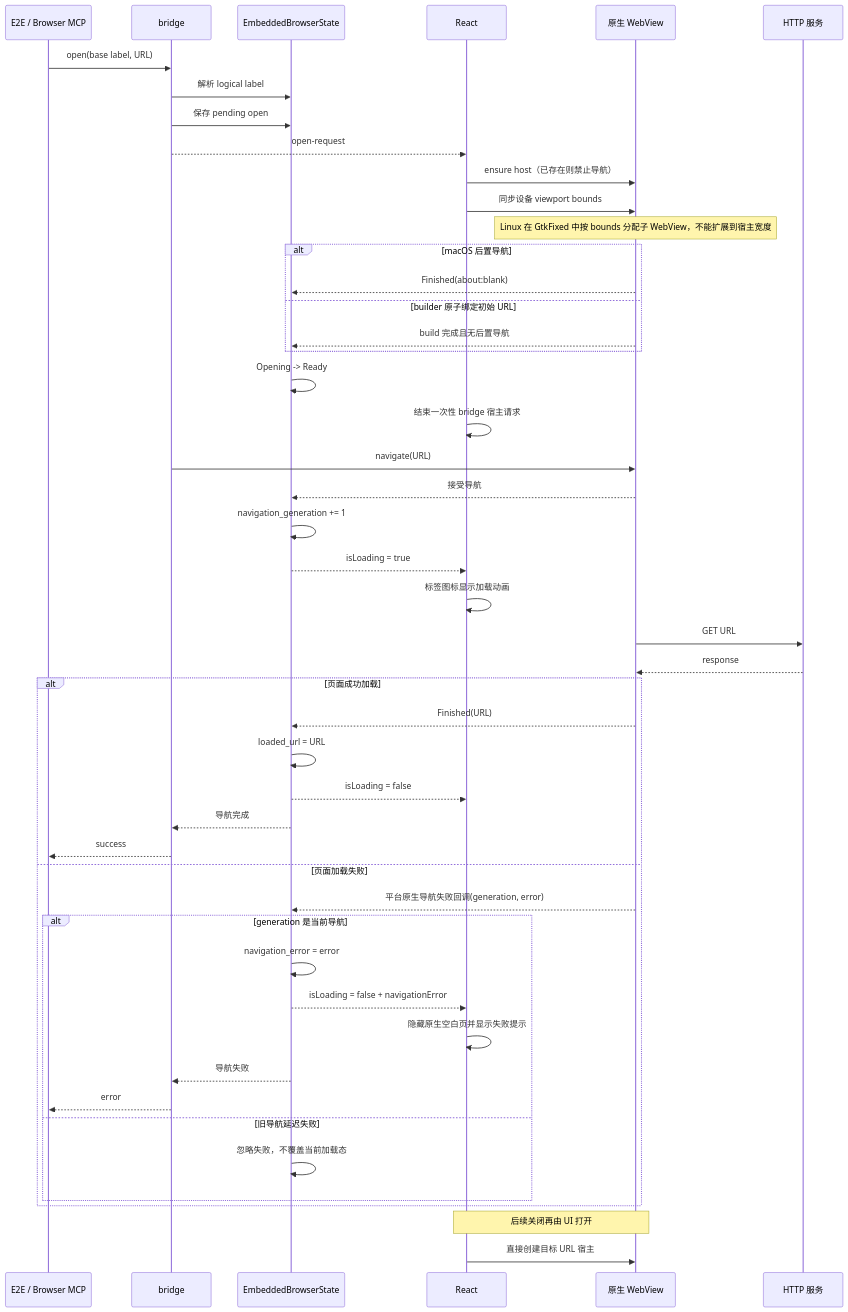
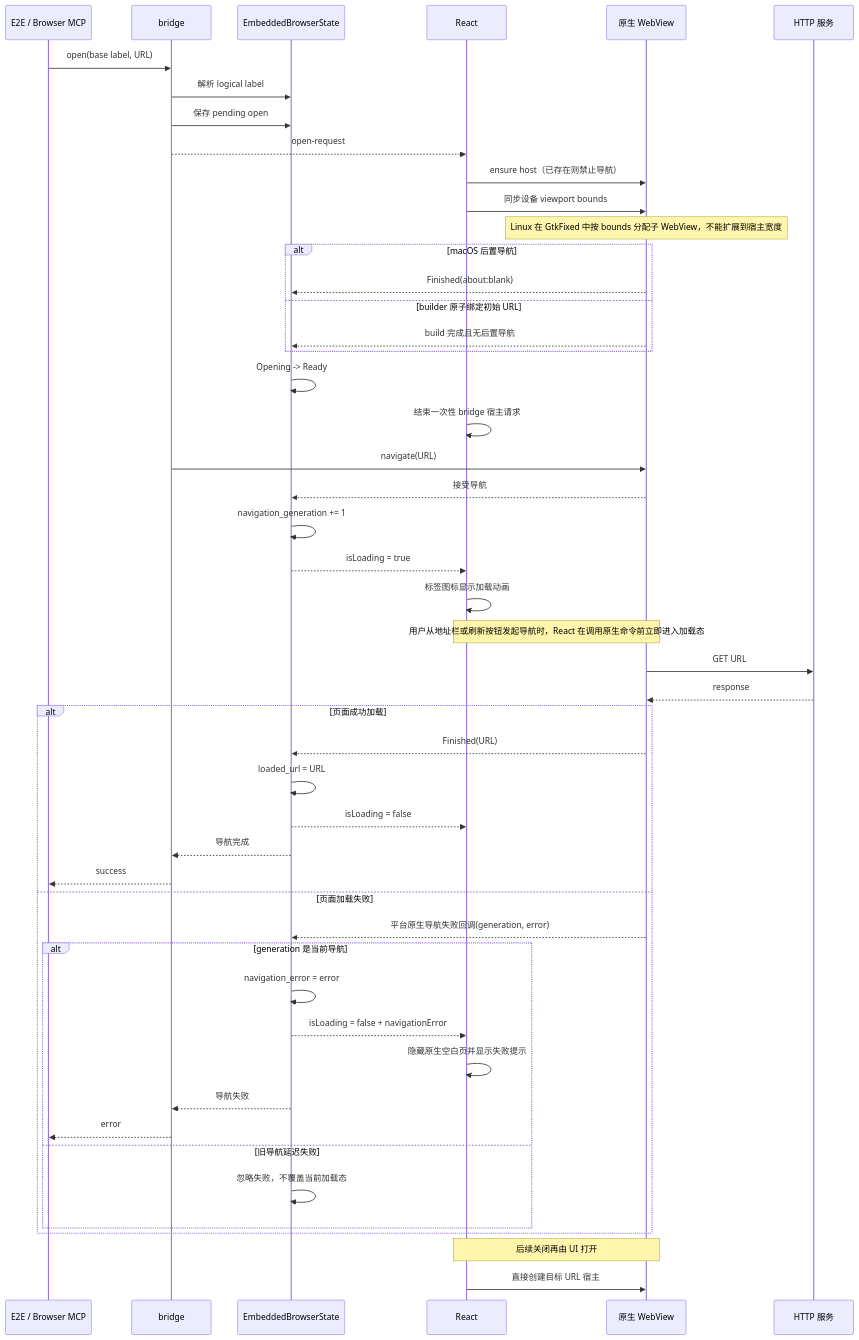
Before and after one commit to wecode-ai/wegent-docs: the second of 2 diagrams in i18n/zh/docusaurus-plugin-content-docs/current/architecture/embedded-browser.md, drawn with Mermaid. The commit also changed other lines of this file and 5 other files, not shown here.

````diff
--- a/i18n/zh/docusaurus-plugin-content-docs/current/architecture/embedded-browser.md
+++ b/i18n/zh/docusaurus-plugin-content-docs/current/architecture/embedded-browser.md
@@ -38,52 +39,53 @@
 ```mermaid
 sequenceDiagram
     participant C as E2E / Browser MCP
     participant B as bridge
     participant S as EmbeddedBrowserState
     participant R as React
     participant W as 原生 WebView
     participant H as HTTP 服务
 
     C->>B: open(base label, URL)
     B->>S: 解析 logical label
     B->>S: 保存 pending open
     B-->>R: open-request
     R->>W: ensure host（已存在则禁止导航）
     R->>W: 同步设备 viewport bounds
     Note over W: Linux 在 GtkFixed 中按 bounds 分配子 WebView，不能扩展到宿主宽度
     alt macOS 后置导航
         W-->>S: Finished(about:blank)
     else builder 原子绑定初始 URL
         W-->>S: build 完成且无后置导航
     end
     S->>S: Opening -> Ready
     R->>R: 结束一次性 bridge 宿主请求
     B->>W: navigate(URL)
     W-->>S: 接受导航
     S->>S: navigation_generation += 1
     S-->>R: isLoading = true
     R->>R: 标签图标显示加载动画
+    Note over R,W: 用户从地址栏或刷新按钮发起导航时，React 在调用原生命令前立即进入加载态
     W->>H: GET URL
     H-->>W: response
     alt 页面成功加载
         W-->>S: Finished(URL)
         S->>S: loaded_url = URL
         S-->>R: isLoading = false
         S-->>B: 导航完成
         B-->>C: success
     else 页面加载失败
         W-->>S: 平台原生导航失败回调(generation, error)
         alt generation 是当前导航
             S->>S: navigation_error = error
             S-->>R: isLoading = false + navigationError
             R->>R: 隐藏原生空白页并显示失败提示
             S-->>B: 导航失败
             B-->>C: error
         else 旧导航延迟失败
             S->>S: 忽略失败，不覆盖当前加载态
         end
     end
 
     Note over R,W: 后续关闭再由 UI 打开
     R->>W: 直接创建目标 URL 宿主
 ```
````
